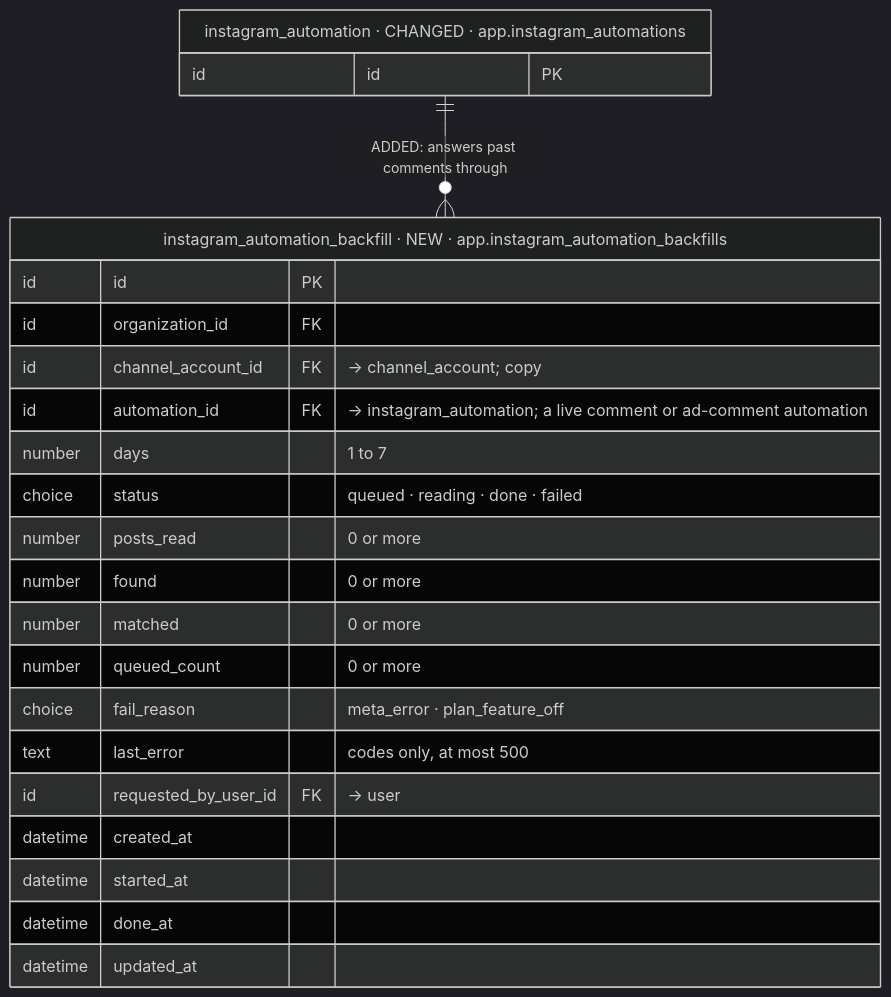
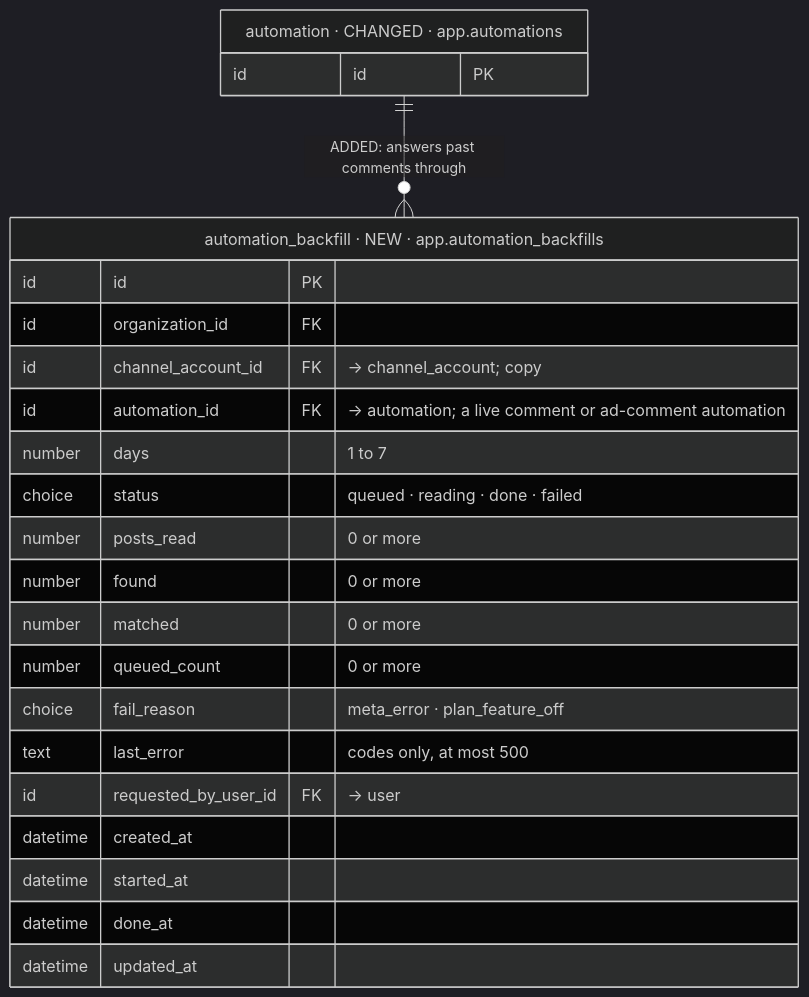
Diagram 14 of 40 in iterations/feat-instagram-dm-sending-2026-11-23-oxak/plans/db-changes.md (albetrios/meepzo-be), drawn with Mermaid (dark theme) before and after one commit. The commit also changed other lines of this file and 2 other files, not shown here.

````diff
--- a/iterations/feat-instagram-dm-sending-2026-11-23-oxak/plans/db-changes.md
+++ b/iterations/feat-instagram-dm-sending-2026-11-23-oxak/plans/db-changes.md
@@ -797,26 +829,26 @@
 ```mermaid
 erDiagram
-  instagram_automation_backfill["instagram_automation_backfill · NEW · app.instagram_automation_backfills"] {
+  automation_backfill["automation_backfill · NEW · app.automation_backfills"] {
     id id PK
     id organization_id FK
     id channel_account_id FK "→ channel_account; copy"
-    id automation_id FK "→ instagram_automation; a live comment or ad-comment automation"
+    id automation_id FK "→ automation; a live comment or ad-comment automation"
     number days "1 to 7"
     choice status "queued · reading · done · failed"
     number posts_read "0 or more"
     number found "0 or more"
     number matched "0 or more"
     number queued_count "0 or more"
     choice fail_reason "meta_error · plan_feature_off"
     text last_error "codes only, at most 500"
     id requested_by_user_id FK "→ user"
     datetime created_at
     datetime started_at
     datetime done_at
     datetime updated_at
   }
-  instagram_automation["instagram_automation · CHANGED · app.instagram_automations"] {
+  automation["automation · CHANGED · app.automations"] {
     id id PK
   }
-  instagram_automation ||--o{ instagram_automation_backfill : "ADDED: answers past comments through"
+  automation ||--o{ automation_backfill : "ADDED: answers past comments through"
 ```
````
